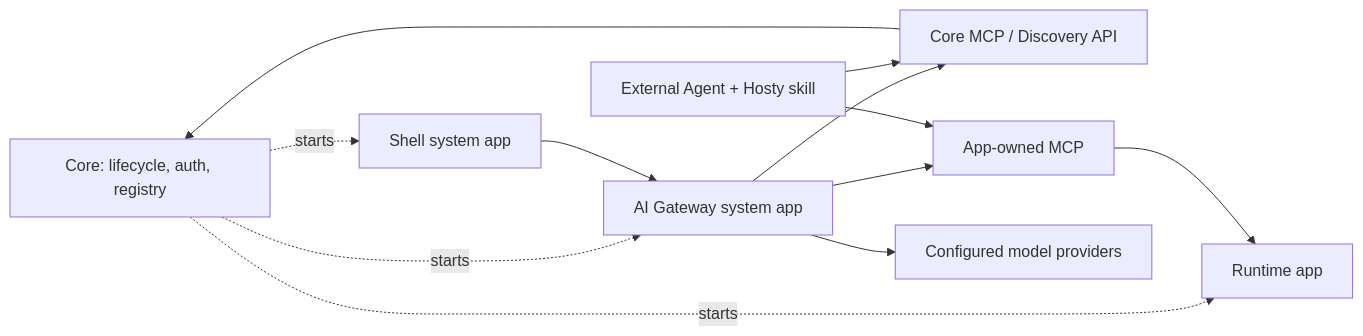
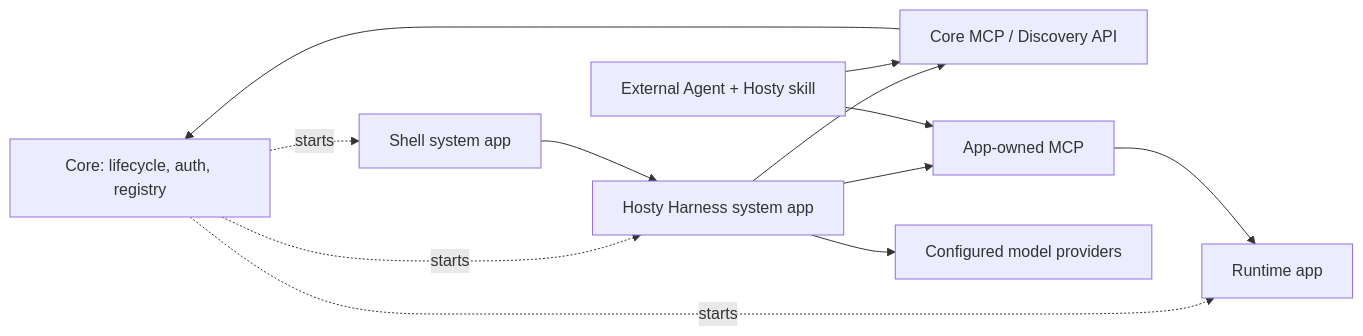
The diagram in docs/features/ai-agent-bridge/feature.md (alex-de-haas/docker-host), drawn with Mermaid before and after one commit. The commit also changed other lines of this file and 272 other files, not shown here.

First line of the commit message:
feat(assistant): introduce Hosty Harness and versioned handoffs

````diff
--- a/docs/features/ai-agent-bridge/feature.md
+++ b/docs/features/ai-agent-bridge/feature.md
@@ -27,24 +27,24 @@
 ```mermaid
 flowchart LR
   Core["Core: lifecycle, auth, registry"]
   CoreMcp["Core MCP / Discovery API"]
   Shell["Shell system app"]
-  AIG["AI Gateway system app"]
+  AIG["Hosty Harness system app"]
   Ext["External Agent + Hosty skill"]
   PM["Runtime app"]
   PMMcp["App-owned MCP"]
   Model["Configured model providers"]
 
   Core -. starts .-> Shell
   Core -. starts .-> AIG
   Core -. starts .-> PM
 
   Shell --> AIG
   AIG --> CoreMcp
   AIG --> PMMcp
   Ext --> CoreMcp
   CoreMcp --> Core
   Ext --> PMMcp
   PMMcp --> PM
   AIG --> Model
 ```
````
